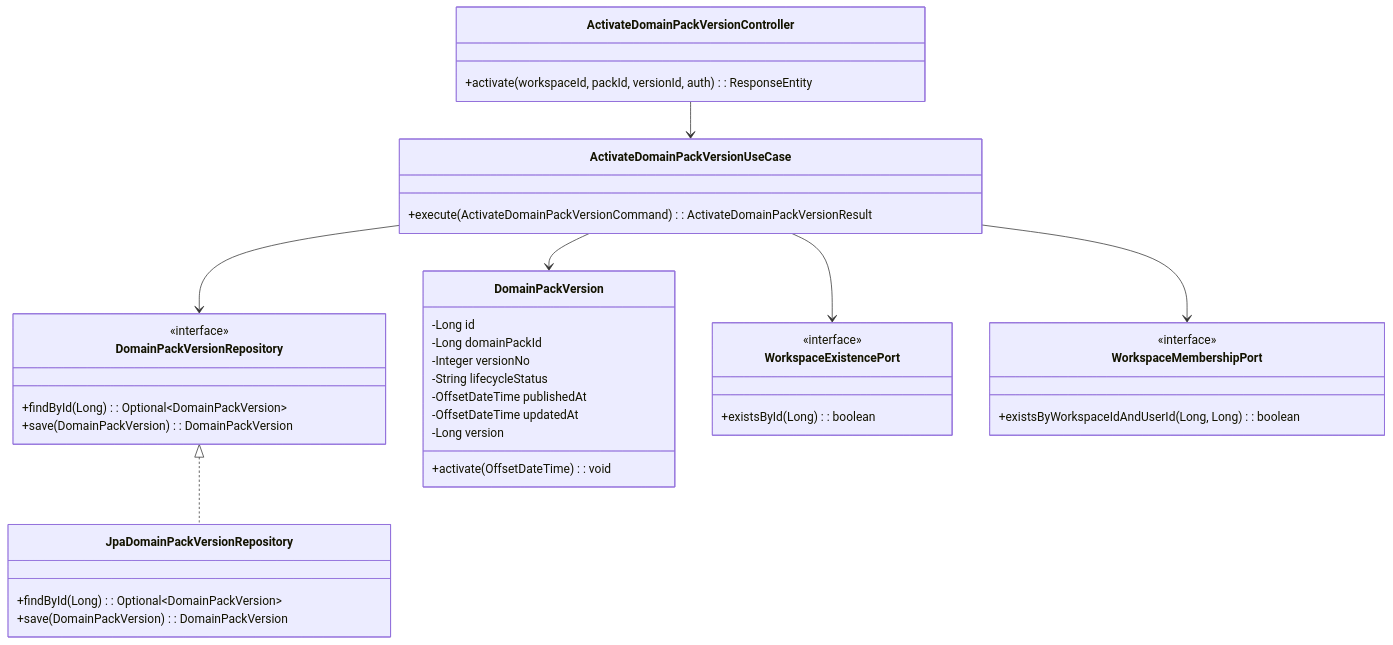
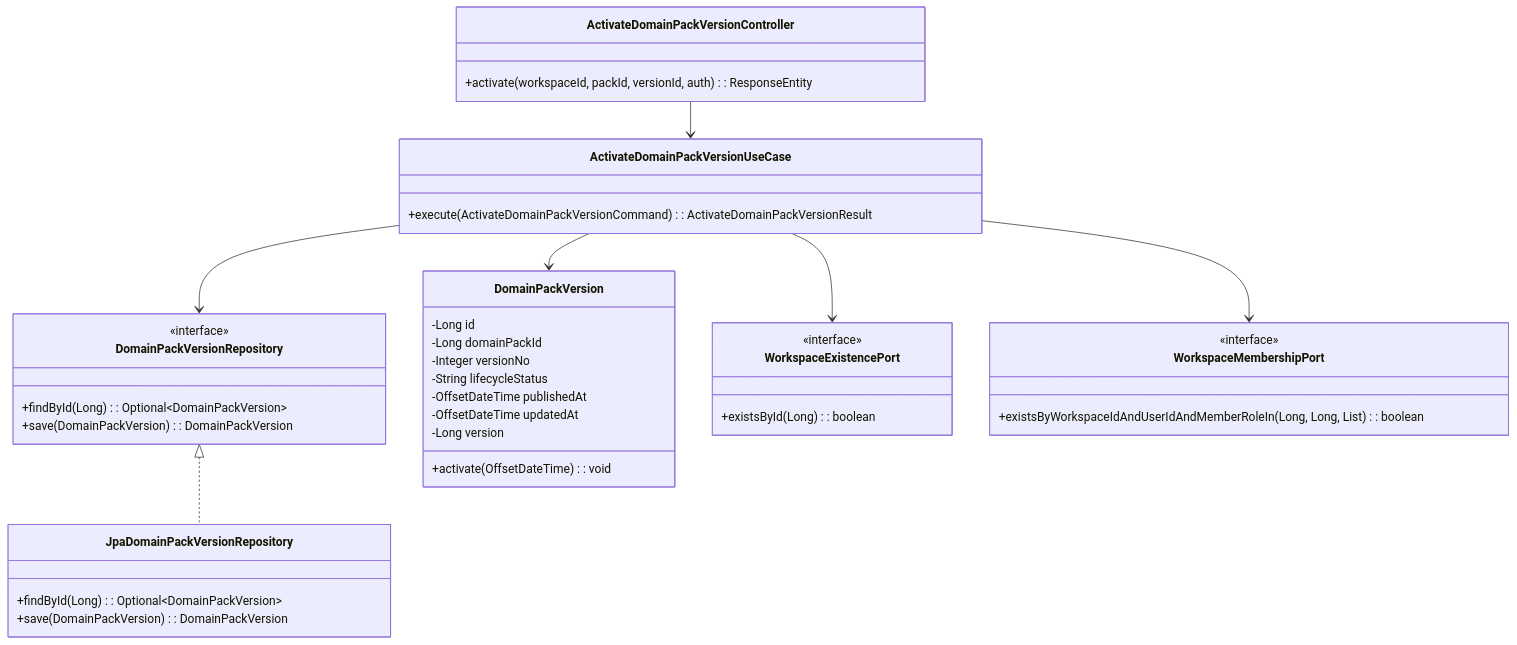
Before and after one commit to ajou-2026-1-capstone-5/ostone: the second of 2 diagrams in .agent/specs/332.md, drawn with Mermaid. The commit also changed other lines of this file, not shown here.

First line of the commit message:
docs(domainpack): enforce role-based auth in spec-332 WorkspaceMembershipPort

````diff
--- a/.agent/specs/332.md
+++ b/.agent/specs/332.md
@@ -169,49 +169,49 @@
 ```mermaid
 classDiagram
     class ActivateDomainPackVersionController {
         +activate(workspaceId, packId, versionId, auth): ResponseEntity
     }
 
     class ActivateDomainPackVersionUseCase {
         +execute(ActivateDomainPackVersionCommand): ActivateDomainPackVersionResult
     }
 
     class DomainPackVersionRepository {
         <<interface>>
         +findById(Long): Optional~DomainPackVersion~
         +save(DomainPackVersion): DomainPackVersion
     }
 
     class DomainPackVersion {
         -Long id
         -Long domainPackId
         -Integer versionNo
         -String lifecycleStatus
         -OffsetDateTime publishedAt
         -OffsetDateTime updatedAt
         -Long version
         +activate(OffsetDateTime): void
     }
 
     class JpaDomainPackVersionRepository {
         +findById(Long): Optional~DomainPackVersion~
         +save(DomainPackVersion): DomainPackVersion
     }
 
     class WorkspaceExistencePort {
         <<interface>>
         +existsById(Long): boolean
     }
 
     class WorkspaceMembershipPort {
         <<interface>>
-        +existsByWorkspaceIdAndUserId(Long, Long): boolean
+        +existsByWorkspaceIdAndUserIdAndMemberRoleIn(Long, Long, List): boolean
     }
 
     ActivateDomainPackVersionController --> ActivateDomainPackVersionUseCase
     ActivateDomainPackVersionUseCase --> DomainPackVersionRepository
     ActivateDomainPackVersionUseCase --> DomainPackVersion
     ActivateDomainPackVersionUseCase --> WorkspaceExistencePort
     ActivateDomainPackVersionUseCase --> WorkspaceMembershipPort
     DomainPackVersionRepository <|.. JpaDomainPackVersionRepository
 ```
````
